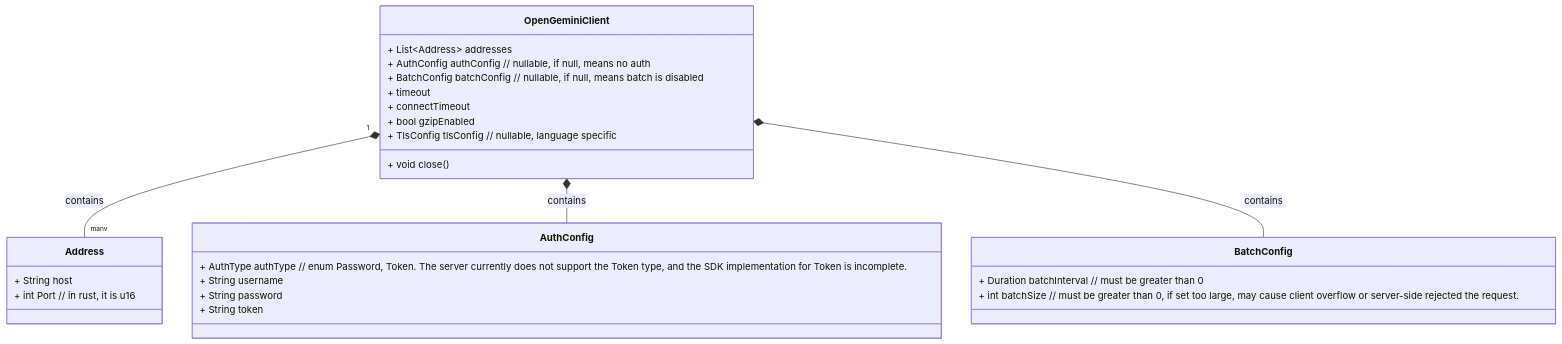
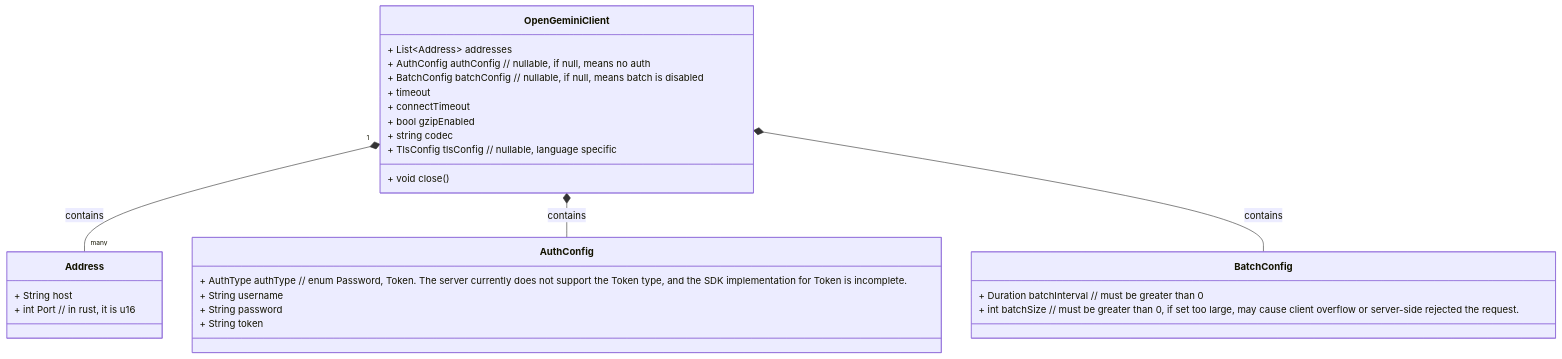
Before and after one commit to openGemini/openGemini.github.io: the first of 9 diagrams in src/guide/develop/client_design.md, drawn with Mermaid.

Commit message:
doc(go-client): update config for create client with codec config

````diff
--- a/src/guide/develop/client_design.md
+++ b/src/guide/develop/client_design.md
@@ -21,34 +21,35 @@
 ```mermaid
 classDiagram
     class OpenGeminiClient {
         + List~Address~ addresses
         + AuthConfig authConfig // nullable, if null, means no auth
         + BatchConfig batchConfig // nullable, if null, means batch is disabled
         + timeout
         + connectTimeout
         + bool gzipEnabled
+        + string codec
         + TlsConfig tlsConfig // nullable, language specific
         + void close()
     }
 
     class Address {
         + String host
         + int Port // in rust, it is u16
     }
 
     class AuthConfig {
         + AuthType authType // enum Password, Token. The server currently does not support the Token type, and the SDK implementation for Token is incomplete.
         + String username
         + String password
         + String token
     }
 
     class BatchConfig {
         + Duration batchInterval // must be greater than 0
         + int batchSize // must be greater than 0, if set too large, may cause client overflow or server-side rejected the request.
     }
 
     OpenGeminiClient "1" *-- "many" Address: contains
     OpenGeminiClient *-- AuthConfig: contains
     OpenGeminiClient *-- BatchConfig: contains
 ```
````
